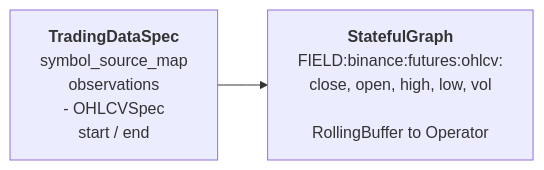
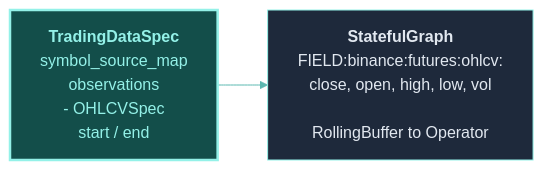
The first of 3 diagrams in engine/data-system.mdx (Clypt/docs), drawn with Mermaid before and after one commit. The commit also changed other lines of this file and 73 other files, not shown here.

````diff
--- a/engine/data-system.mdx
+++ b/engine/data-system.mdx
@@ -12,4 +12,9 @@
 ```mermaid
+%%{init: {'theme': 'base', 'themeVariables': { 'primaryColor': '#1e293b', 'primaryTextColor': '#e2e8f0', 'primaryBorderColor': '#94F1E8', 'lineColor': '#5bb8b0', 'clusterBkg': '#0f172a', 'clusterBorder': '#1e3a3a', 'titleColor': '#94F1E8', 'edgeLabelBackground': 'transparent' }}}%%
 flowchart LR
+    classDef highlight fill:#134e4a,stroke:#94F1E8,stroke-width:2.5px,color:#94F1E8
+
     A["<b>TradingDataSpec</b><br>symbol_source_map<br>observations<br>- OHLCVSpec<br>start / end"] --> B["<b>StatefulGraph</b><br>FIELD:binance:futures:ohlcv:<br>close, open, high, low, vol<br><br>RollingBuffer to Operator"]
+
+    class A highlight
 ```
````
